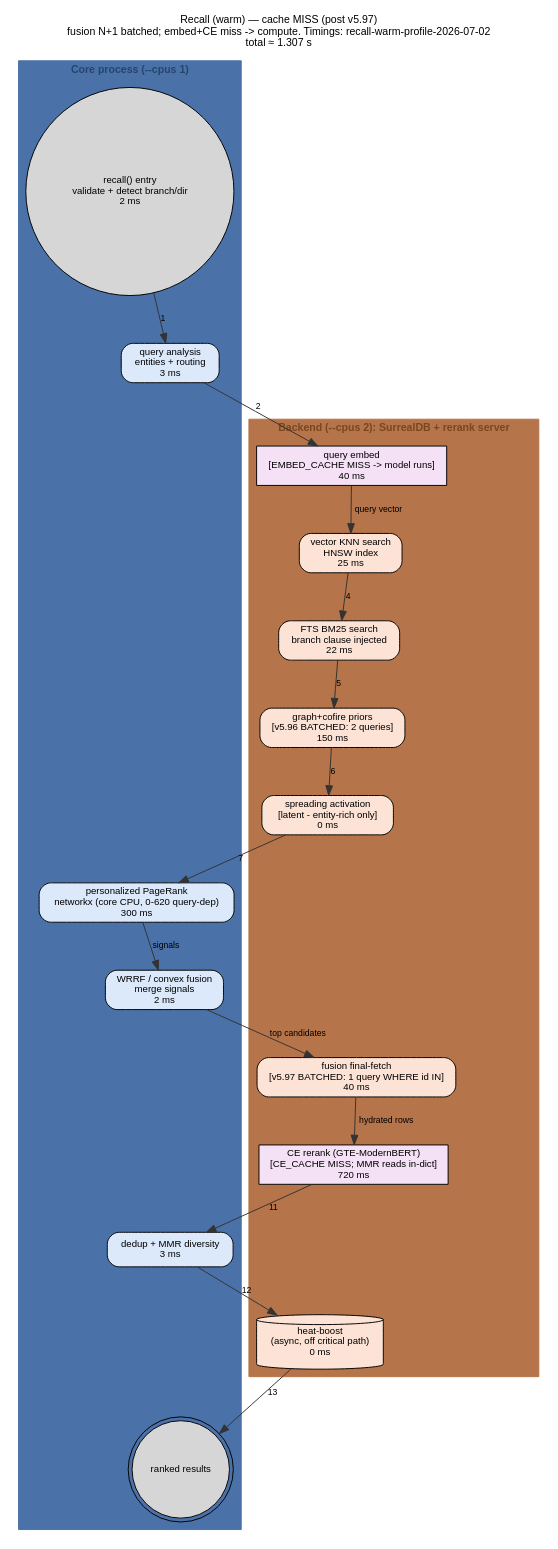
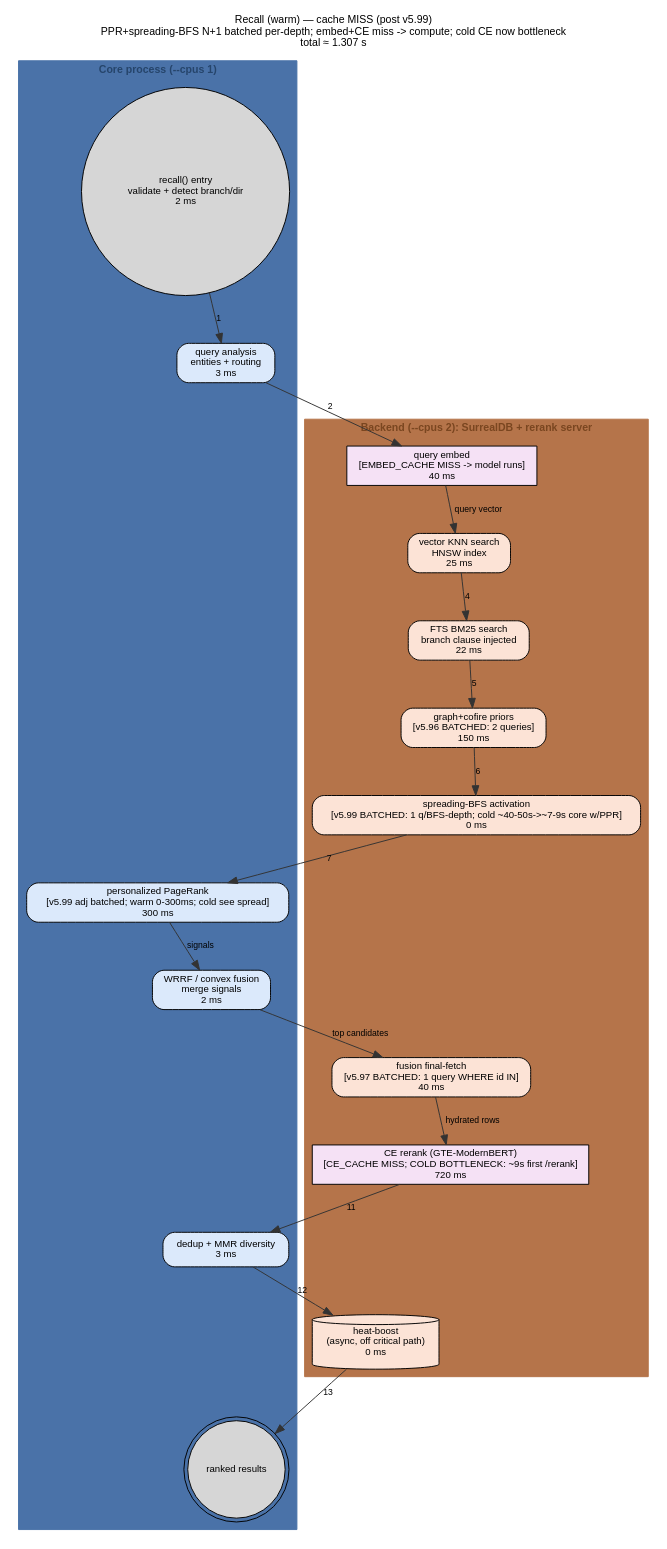
Before and after one commit to m-agahi/yadgar: the diagram in docs/diagrams/out/recall-warm-cache-miss.dot, drawn with Graphviz. The commit also changed 7 other files, not shown here.

First line of the commit message:
docs(diagrams): refresh recall diagrams for v5.99 (cold PPR/spreading 40-50s->7-9s) (#147)

```diff
--- a/docs/diagrams/out/recall-warm-cache-miss.dot
+++ b/docs/diagrams/out/recall-warm-cache-miss.dot
@@ -1,56 +1,56 @@
 digraph flow {
   rankdir="TB";
   newrank=true;
   compound=true;
   nodesep=0.35;
   ranksep=0.55;
   graph [fontname="Helvetica", fontsize=11, labelloc="t"];
   node  [fontname="Helvetica", fontsize=10];
   edge  [fontname="Helvetica", fontsize=9];
-  label="Recall (warm) — cache MISS (post v5.97)
-fusion N+1 batched; embed+CE miss -> compute. Timings: recall-warm-profile-2026-07-02
+  label="Recall (warm) — cache MISS (post v5.99)
+PPR+spreading-BFS N+1 batched per-depth; embed+CE miss -> compute; cold CE now bottleneck
 total ≈ 1.307 s";
   subgraph "cluster_core" {
     label="Core process (--cpus 1)";
     style=filled;
     bgcolor="#eef4fb";
     color="#4a72a8";
     fontcolor="#26456b";
     fontname="Helvetica-Bold";
     "entry" [shape="circle", style="filled", fillcolor="#d6d6d6", label="recall() entry\nvalidate + detect branch/dir\n2 ms"];
     "qanalysis" [shape="box", style="rounded,filled", fillcolor="#dbe9fb", label="query analysis\nentities + routing\n3 ms"];
-    "ppr" [shape="box", style="rounded,filled", fillcolor="#dbe9fb", label="personalized PageRank\nnetworkx (core CPU, 0-620 query-dep)\n300 ms"];
+    "ppr" [shape="box", style="rounded,filled", fillcolor="#dbe9fb", label="personalized PageRank\n[v5.99 adj batched; warm 0-300ms; cold see spread]\n300 ms"];
     "fusion" [shape="box", style="rounded,filled", fillcolor="#dbe9fb", label="WRRF / convex fusion\nmerge signals\n2 ms"];
     "dedup" [shape="box", style="rounded,filled", fillcolor="#dbe9fb", label="dedup + MMR diversity\n3 ms"];
     "results" [shape="doublecircle", style="filled", fillcolor="#d6d6d6", label="ranked results"];
   }
   subgraph "cluster_backend" {
     label="Backend (--cpus 2): SurrealDB + rerank server";
     style=filled;
     bgcolor="#fbf0ea";
     color="#b5744a";
     fontcolor="#7a4620";
     fontname="Helvetica-Bold";
     "embed" [shape="box", style="filled", fillcolor="#f5e1f5", label="query embed\n[EMBED_CACHE MISS -> model runs]\n40 ms"];
     "knn" [shape="box", style="rounded,filled", fillcolor="#fce3d6", label="vector KNN search\nHNSW index\n25 ms"];
     "fts" [shape="box", style="rounded,filled", fillcolor="#fce3d6", label="FTS BM25 search\nbranch clause injected\n22 ms"];
     "priors" [shape="box", style="rounded,filled", fillcolor="#fce3d6", label="graph+cofire priors\n[v5.96 BATCHED: 2 queries]\n150 ms"];
-    "spread" [shape="box", style="rounded,filled", fillcolor="#fce3d6", label="spreading activation\n[latent - entity-rich only]\n0 ms"];
+    "spread" [shape="box", style="rounded,filled", fillcolor="#fce3d6", label="spreading-BFS activation\n[v5.99 BATCHED: 1 q/BFS-depth; cold ~40-50s->~7-9s core w/PPR]\n0 ms"];
     "fetch" [shape="box", style="rounded,filled", fillcolor="#fce3d6", label="fusion final-fetch\n[v5.97 BATCHED: 1 query WHERE id IN]\n40 ms"];
-    "cererank" [shape="box", style="filled", fillcolor="#f5e1f5", label="CE rerank (GTE-ModernBERT)\n[CE_CACHE MISS; MMR reads in-dict]\n720 ms"];
+    "cererank" [shape="box", style="filled", fillcolor="#f5e1f5", label="CE rerank (GTE-ModernBERT)\n[CE_CACHE MISS; COLD BOTTLENECK: ~9s first /rerank]\n720 ms"];
     "heat" [shape="cylinder", style="filled", fillcolor="#fce3d6", label="heat-boost\n(async, off critical path)\n0 ms"];
   }
   "entry" -> "qanalysis" [color="#333333", style="solid", label="1"];
   "qanalysis" -> "embed" [color="#333333", style="solid", label="2"];
   "embed" -> "knn" [color="#333333", style="solid", label="query vector"];
   "knn" -> "fts" [color="#333333", style="solid", label="4"];
   "fts" -> "priors" [color="#333333", style="solid", label="5"];
   "priors" -> "spread" [color="#333333", style="solid", label="6"];
   "spread" -> "ppr" [color="#333333", style="solid", label="7"];
   "ppr" -> "fusion" [color="#333333", style="solid", label="signals"];
   "fusion" -> "fetch" [color="#333333", style="solid", label="top candidates"];
   "fetch" -> "cererank" [color="#333333", style="solid", label="hydrated rows"];
   "cererank" -> "dedup" [color="#333333", style="solid", label="11"];
   "dedup" -> "heat" [color="#333333", style="solid", label="12"];
   "heat" -> "results" [color="#333333", style="solid", label="13"];
 }
```
